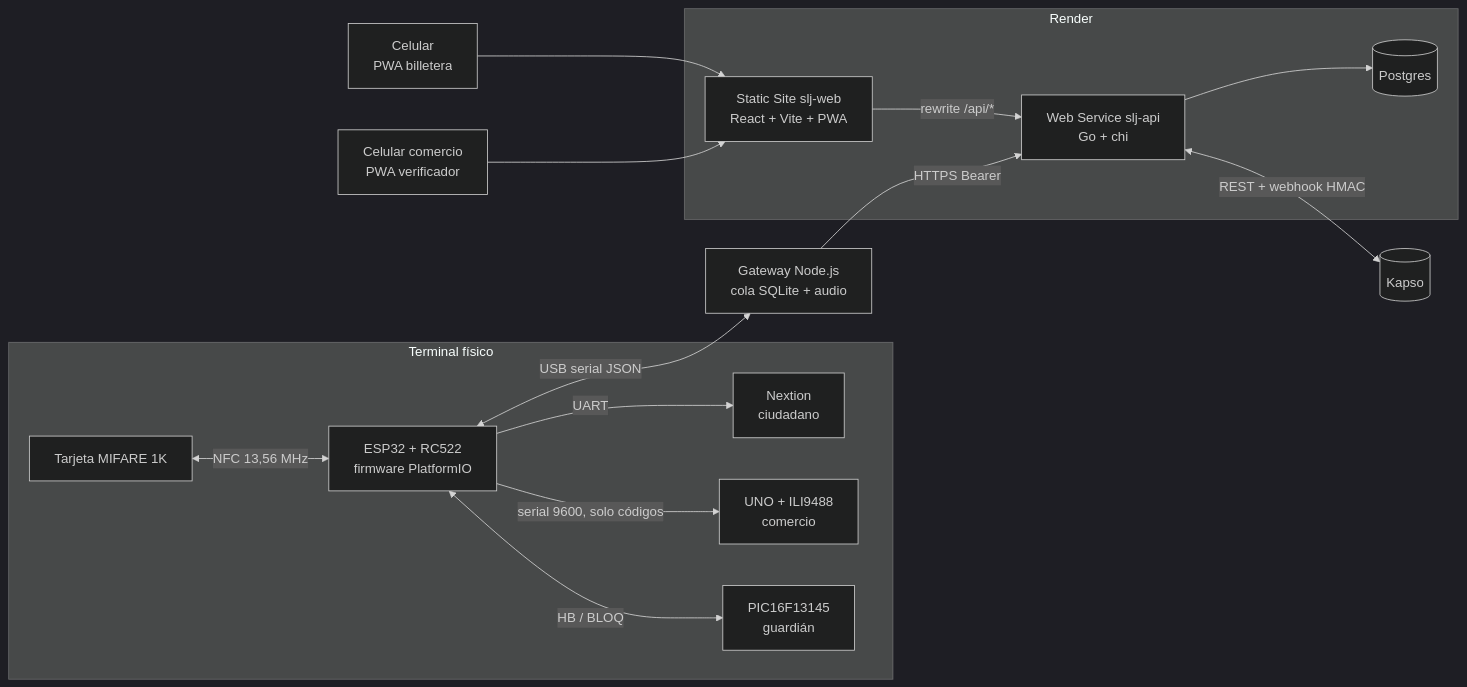
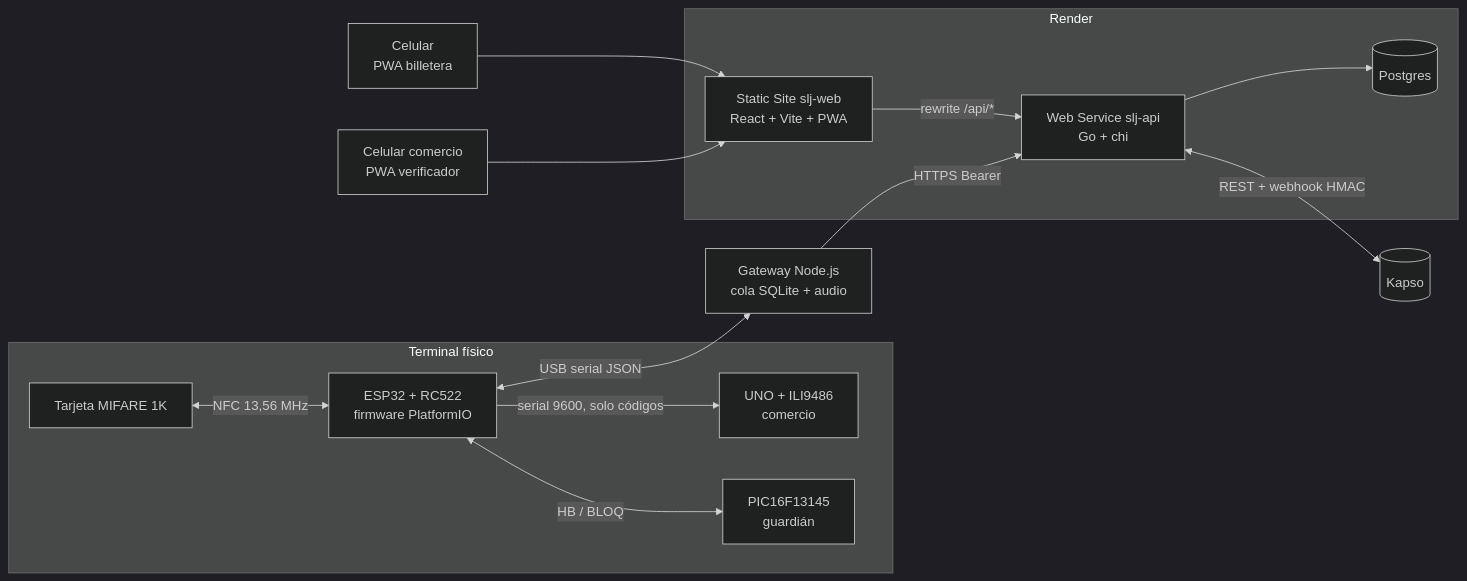
One commit to platanus-hack/platanus-hack-26-ve-team-1 changed the second of 3 diagrams in docs/05-arquitectura.md. Above: the diagram before and after it, drawn with Mermaid (dark theme). The commit also changed 8 other files, not shown here.

````diff
--- a/docs/05-arquitectura.md
+++ b/docs/05-arquitectura.md
@@ -24,27 +24,25 @@
 ```mermaid
 flowchart LR
   subgraph Campo[Terminal físico]
     Card[Tarjeta MIFARE 1K]
     FW[ESP32 + RC522\nfirmware PlatformIO]
-    Nex[Nextion\nciudadano]
-    UNO[UNO + ILI9488\ncomercio]
+    UNO[UNO + ILI9486\ncomercio]
     PIC[PIC16F13145\nguardián]
     Card <-->|NFC 13,56 MHz| FW
-    FW -->|UART| Nex
     FW -->|serial 9600, solo códigos| UNO
     FW <-->|HB / BLOQ| PIC
   end
   GW[Gateway Node.js\ncola SQLite + audio]
   FW <-->|USB serial JSON| GW
   subgraph Render
     Web[Static Site slj-web\nReact + Vite + PWA]
     API[Web Service slj-api\nGo + chi]
     DB[(Postgres)]
     Web -->|rewrite /api/*| API
     API --> DB
   end
   GW -->|HTTPS Bearer| API
   API <-->|REST + webhook HMAC| K[(Kapso)]
   Phone[Celular\nPWA billetera] --> Web
   Verif[Celular comercio\nPWA verificador] --> Web
 ```
````
